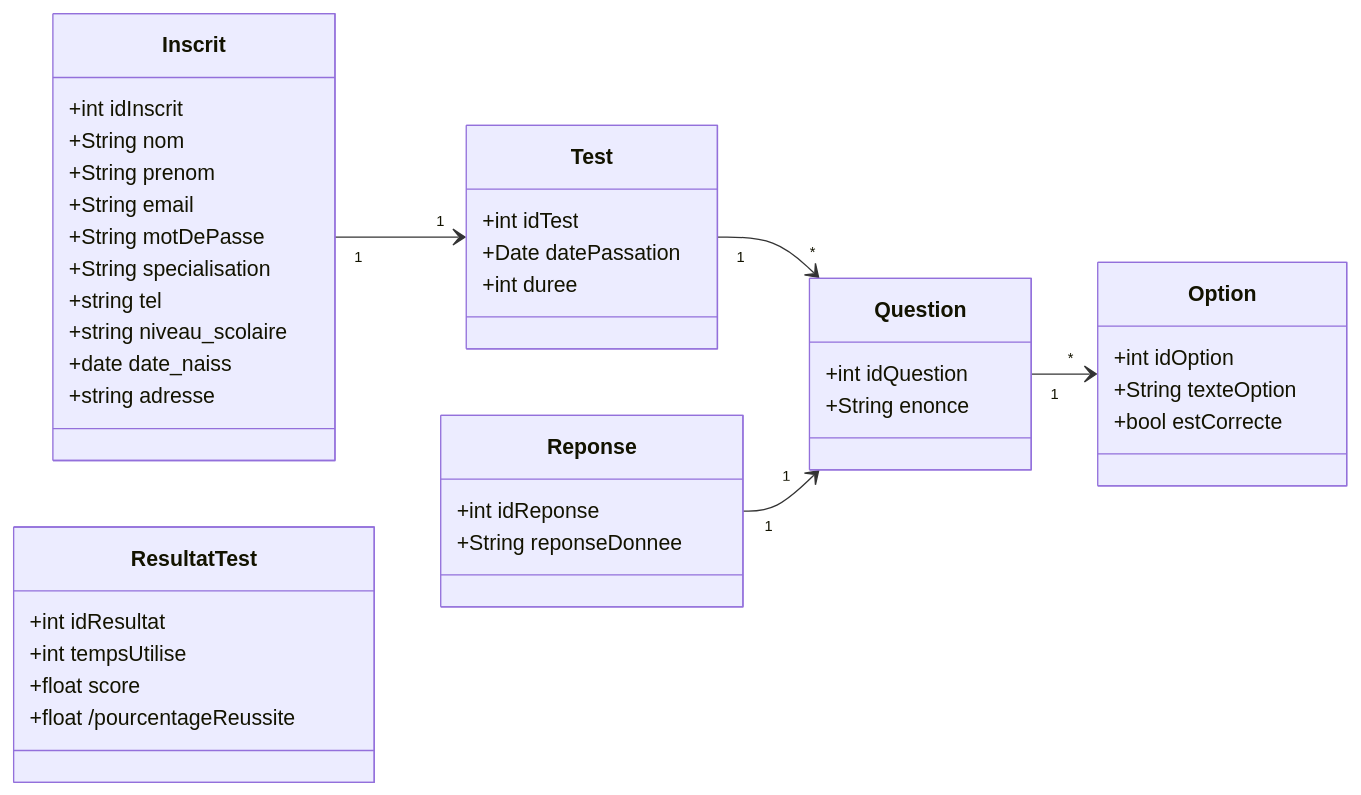
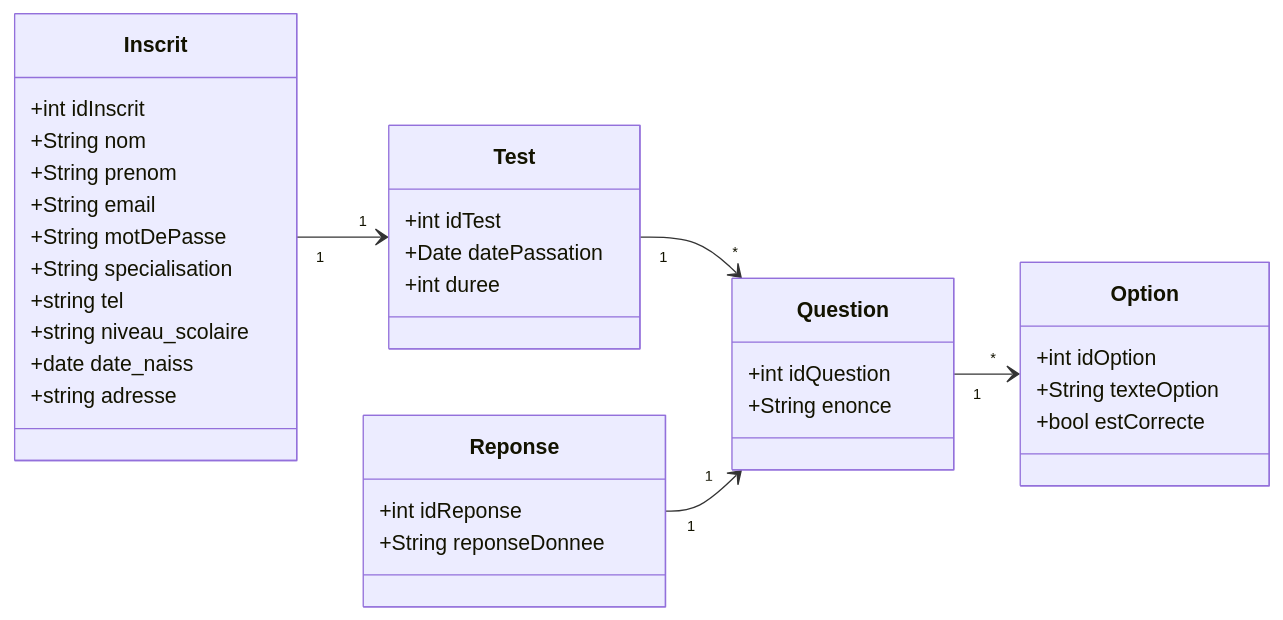
The diagram in Conception/diagrame_de_class/test_inscription.mmd (samiaBoug/Soli_LMS_Test_Inscription), drawn with Mermaid before and after one commit.

Commit message:
fix class diagram

```diff
--- a/Conception/diagrame_de_class/test_inscription.mmd
+++ b/Conception/diagrame_de_class/test_inscription.mmd
@@ -1,44 +1,39 @@
 classDiagram
 direction LR
     class Inscrit {
         +int idInscrit
         +String nom
         +String prenom
         +String email
         +String motDePasse
         +String specialisation
         +string tel
         +string niveau_scolaire
         +date date_naiss
         +string adresse
     }
 
     class Test {
         +int idTest
         +Date datePassation
         +int duree
     }
     class Question {
         +int idQuestion
         +String enonce
     }
     class Option {
         +int idOption
         +String texteOption
         +bool estCorrecte
     }
-    class ResultatTest {
-        +int idResultat
-        +int tempsUtilise
-        +float score
-        +float /pourcentageReussite
-    }
+
     class Reponse {
         +int idReponse
         +String reponseDonnee
     }
 
     Inscrit "1" --> "1" Test 
     Test "1" --> "*" Question
     Question "1" --> "*" Option     
     Reponse "1" --> "1" Question 
```
